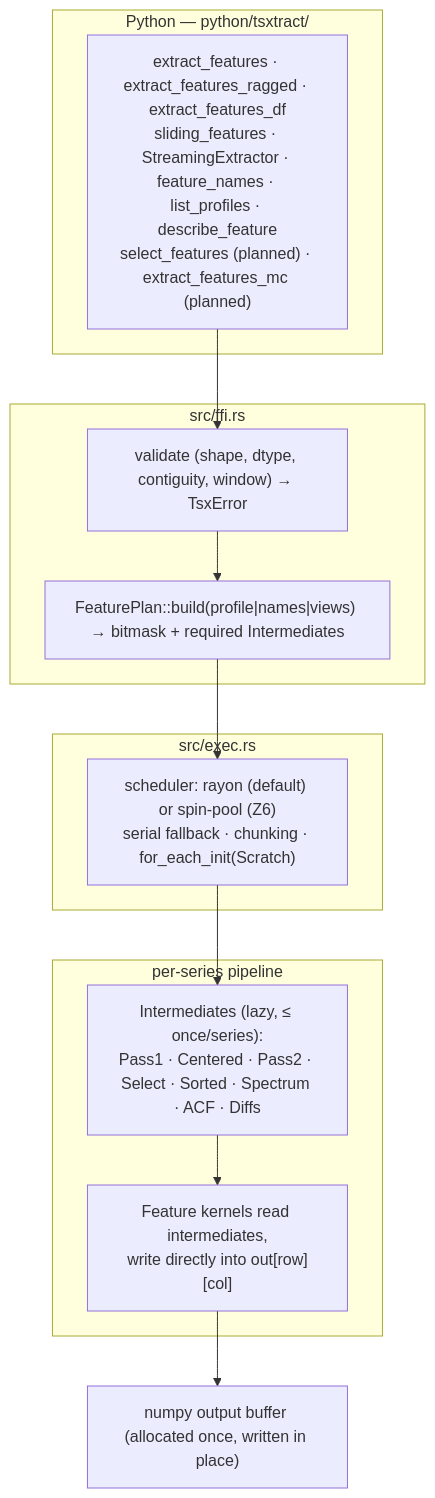
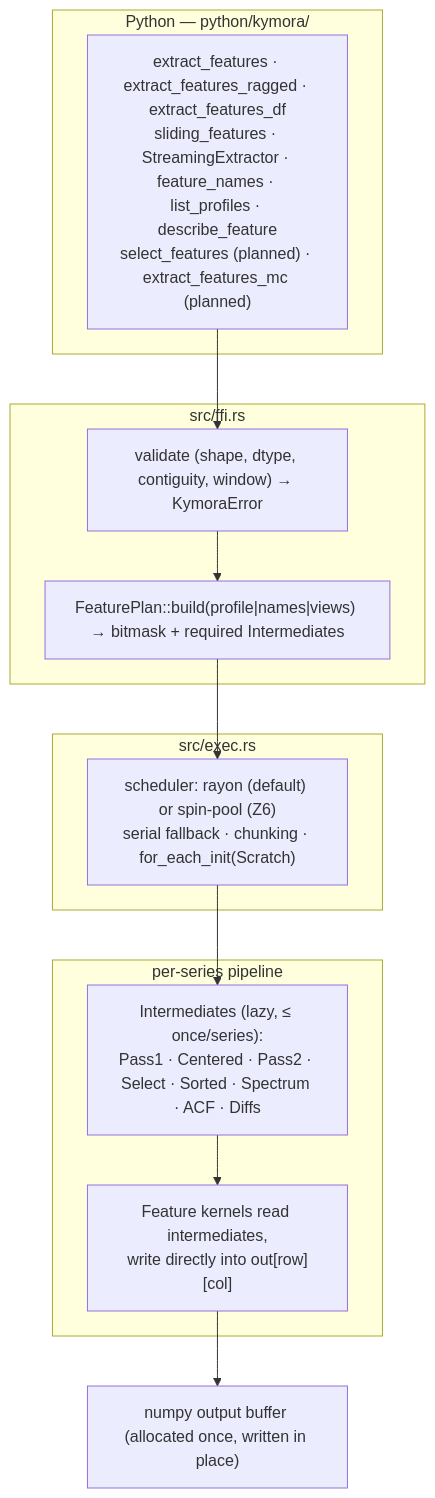
The diagram in arch.md (Aamodx6/Kymora), drawn with Mermaid before and after one commit. The commit also changed other lines of this file and 132 other files, not shown here.

First line of the commit message:
feat(rename-kymora): Phase 4 scripted rename tsxtract -> Kymora (bare name, 0.7.0)

````diff
--- a/arch.md
+++ b/arch.md
@@ -100,19 +100,19 @@
 ```mermaid
 flowchart TB
-    subgraph PY["Python — python/tsxtract/"]
+    subgraph PY["Python — python/kymora/"]
         API["extract_features · extract_features_ragged · extract_features_df\nsliding_features · StreamingExtractor · feature_names · list_profiles · describe_feature\nselect_features (planned) · extract_features_mc (planned)"]
     end
     subgraph FFI["src/ffi.rs"]
-        VAL["validate (shape, dtype, contiguity, window) → TsxError"]
+        VAL["validate (shape, dtype, contiguity, window) → KymoraError"]
         PLAN["FeaturePlan::build(profile|names|views) → bitmask + required Intermediates"]
     end
     subgraph EXEC["src/exec.rs"]
         POOL["scheduler: rayon (default) or spin-pool (Z6)\nserial fallback · chunking · for_each_init(Scratch)"]
     end
     subgraph PIPE["per-series pipeline"]
         INTER["Intermediates (lazy, ≤ once/series):\nPass1 · Centered · Pass2 · Select · Sorted · Spectrum · ACF · Diffs"]
         KERN["Feature kernels read intermediates,\nwrite directly into out[row][col]"]
     end
     API --> VAL --> PLAN --> POOL --> INTER --> KERN
     KERN --> OUT["numpy output buffer (allocated once, written in place)"]
 ```
````
